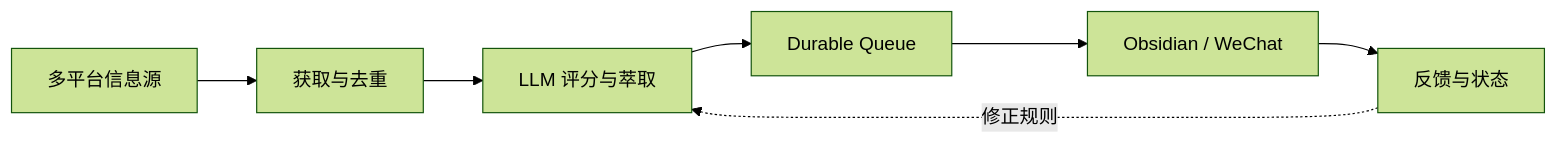
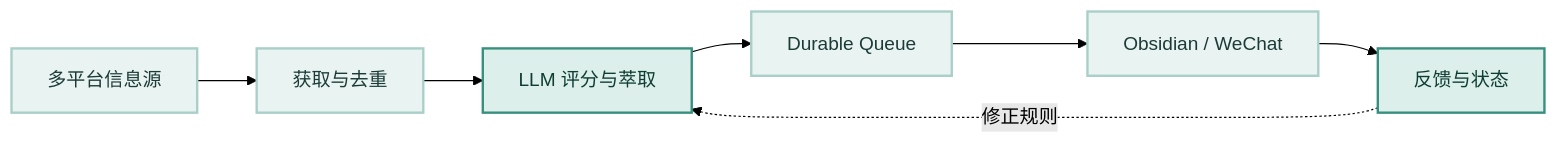
One commit to bor799/100x-research-engine changed the diagram in README.md. Above: the diagram before and after it, drawn with Mermaid (forest theme). The commit also changed other lines of this file, not shown here.

````diff
--- a/README.md
+++ b/README.md
@@ -7,9 +13,15 @@
 ```mermaid
 flowchart LR
     A[多平台信息源] --> B[获取与去重]
     B --> C[LLM 评分与萃取]
     C --> D[Durable Queue]
     D --> E[Obsidian / WeChat]
     E --> F[反馈与状态]
     F -.修正规则.-> C
+    style A fill:#E9F4F2,stroke:#A9CFC8,stroke-width:2px,color:#1C3B36
+    style B fill:#E9F4F2,stroke:#A9CFC8,stroke-width:2px,color:#1C3B36
+    style C fill:#DCEFEA,stroke:#37907F,stroke-width:2px,color:#0F3D33
+    style D fill:#E9F4F2,stroke:#A9CFC8,stroke-width:2px,color:#1C3B36
+    style E fill:#E9F4F2,stroke:#A9CFC8,stroke-width:2px,color:#1C3B36
+    style F fill:#DCEFEA,stroke:#37907F,stroke-width:2px,color:#0F3D33
 ```
````
